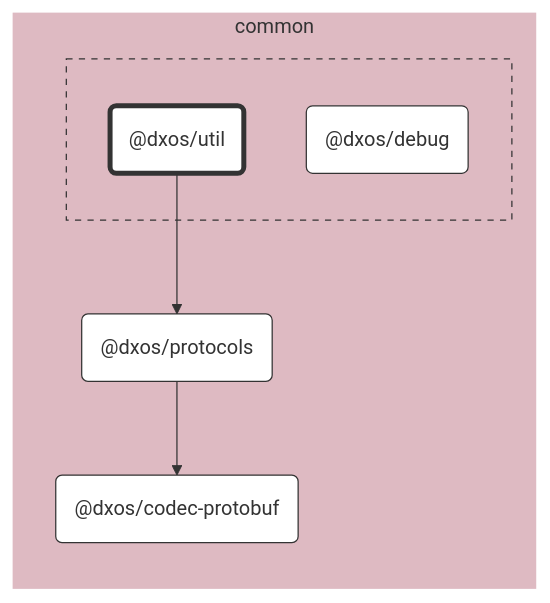
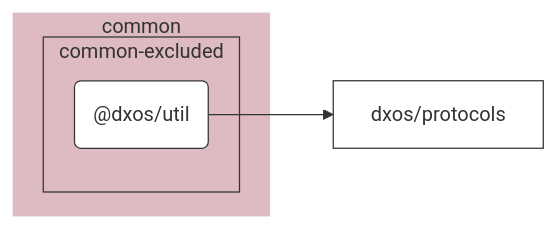
The diagram in packages/common/util/docs/README.md (dxos/dxos), drawn with Mermaid before and after one commit. The commit also changed 84 other files, not shown here.

````diff
--- a/packages/common/util/docs/README.md
+++ b/packages/common/util/docs/README.md
@@ -7,41 +7,25 @@
 ```mermaid
 %%{ init: {'flowchart':{'curve':'basis'}} }%%
 
 flowchart LR
 
-%% Links
-dxos/protocols --> dxos/codec-protobuf;
-dxos/util --> dxos/protocols;
+%% Classes
+classDef default fill:#fff,stroke:#333,stroke-width:1px
+classDef root fill:#fff,stroke:#333,stroke-width:4px
 
-%% Sections
-subgraph common
-  style common fill:#debac2,stroke:#fff;
+%% Nodes
 
-  dxos/codec-protobuf("@dxos/codec-protobuf")
-  dxos/protocols("@dxos/protocols")
+subgraph common [common]
+  style common fill:#debac2,stroke:#fff
 
-  subgraph common-excluded [ ]
-    style common-excluded fill:#debac2,stroke:#333,stroke-dasharray:5 5;
-
-    dxos/debug("@dxos/debug")
-    dxos/util("@dxos/util")
+  subgraph common-excluded [common-excluded]
+    style common-excluded fill:#debac2,stroke:#333,stroke-dashed:5 5
+    dxos/util("@dxos/util"):::default
+    click dxos/util "dxos/dxos/tree/main/packages/common/util/docs"
   end
 end
 
-
-%% Hyperlinks
-click dxos/codec-protobuf "dxos/dxos/tree/main/packages/common/codec-protobuf/docs";
-click dxos/debug "dxos/dxos/tree/main/packages/common/debug/docs";
-click dxos/protocols "dxos/dxos/tree/main/packages/common/protocols/docs";
-
-%% Styles
-classDef rootNode fill:#fff,stroke:#333,stroke-width:4px
-classDef defaultNode fill:#fff,stroke:#333,stroke-width:1px
+%% Links
 linkStyle default stroke:#333,stroke-width:1px
-
-dxos/util:::rootNode
-
-dxos/codec-protobuf:::defaultNode
-dxos/debug:::defaultNode
-dxos/protocols:::defaultNode
+dxos/util --> dxos/protocols
 ```
````
